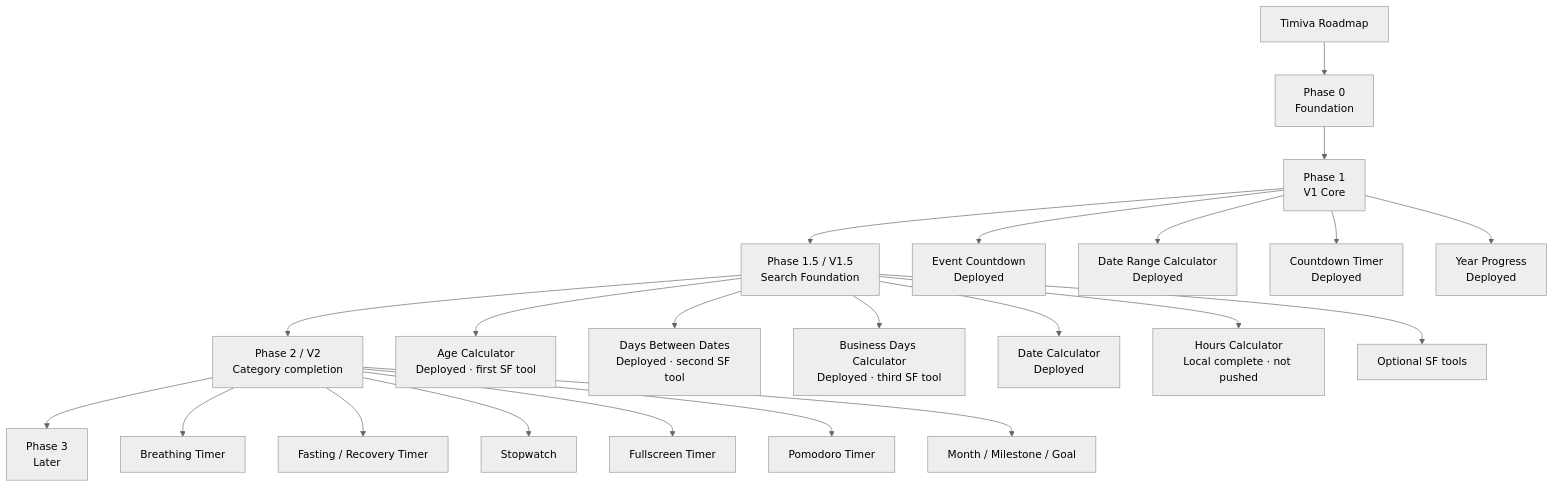
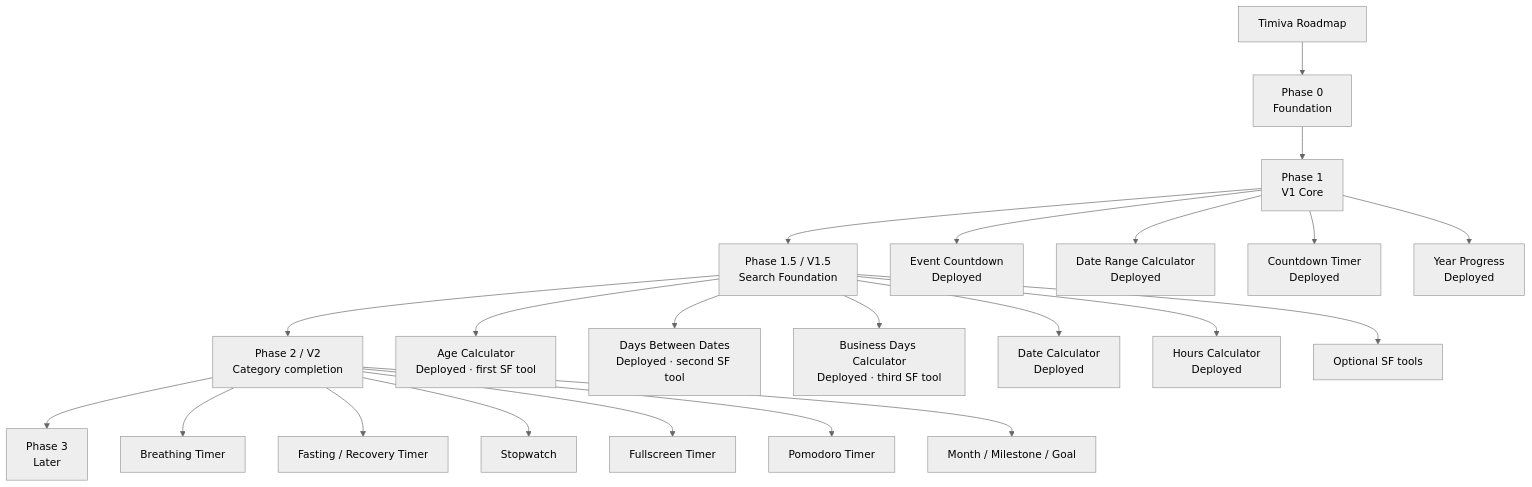
Before and after one commit to jd-jane/Timiva: the diagram in docs/core/roadmap.md, drawn with Mermaid (neutral theme). The commit also changed other lines of this file and 4 other files, not shown here.

Commit message:
docs: record Hours Calculator launch

````diff
--- a/docs/core/roadmap.md
+++ b/docs/core/roadmap.md
@@ -35,27 +35,27 @@
 ```mermaid
 flowchart TD
     A[Timiva Roadmap] --> B[Phase 0<br/>Foundation]
     B --> C[Phase 1<br/>V1 Core]
     C --> D[Phase 1.5 / V1.5<br/>Search Foundation]
     D --> E[Phase 2 / V2<br/>Category completion]
     E --> F[Phase 3<br/>Later]
 
     C --> C1[Event Countdown<br/>Deployed]
     C --> C2[Date Range Calculator<br/>Deployed]
     C --> C3[Countdown Timer<br/>Deployed]
     C --> C4[Year Progress<br/>Deployed]
 
     D --> D1[Age Calculator<br/>Deployed · first SF tool]
     D --> D2[Days Between Dates<br/>Deployed · second SF tool]
     D --> D3[Business Days Calculator<br/>Deployed · third SF tool]
     D --> D4[Date Calculator<br/>Deployed]
-    D --> D5[Hours Calculator<br/>Local complete · not pushed]
+    D --> D5[Hours Calculator<br/>Deployed]
     D --> D6[Optional SF tools]
 
     E --> E1[Breathing Timer]
     E --> E2[Fasting / Recovery Timer]
     E --> E3[Stopwatch]
     E --> E4[Fullscreen Timer]
     E --> E5[Pomodoro Timer]
     E --> E6[Month / Milestone / Goal]
 ```
````
